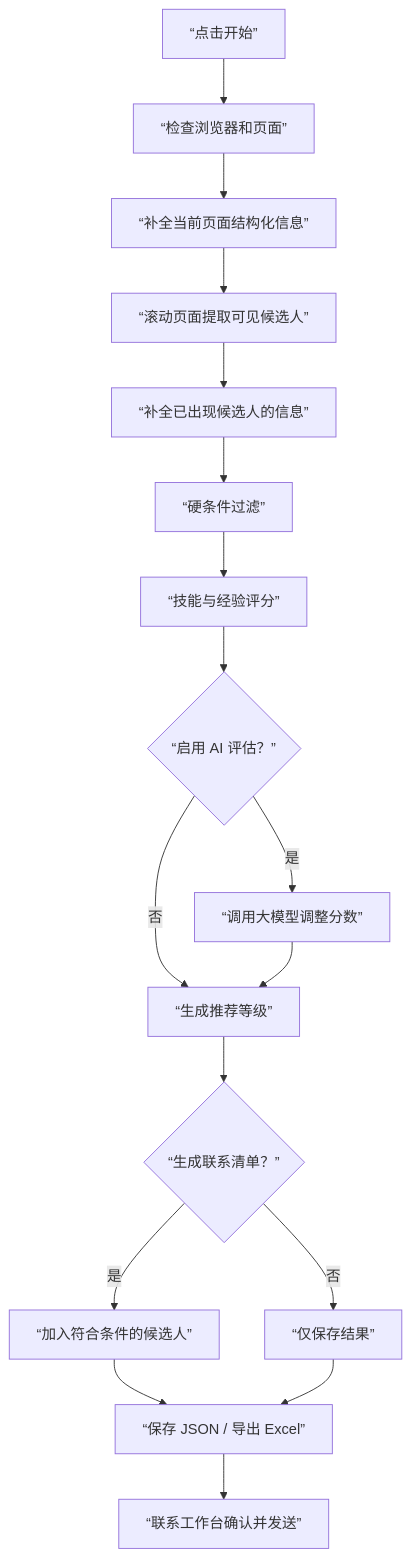
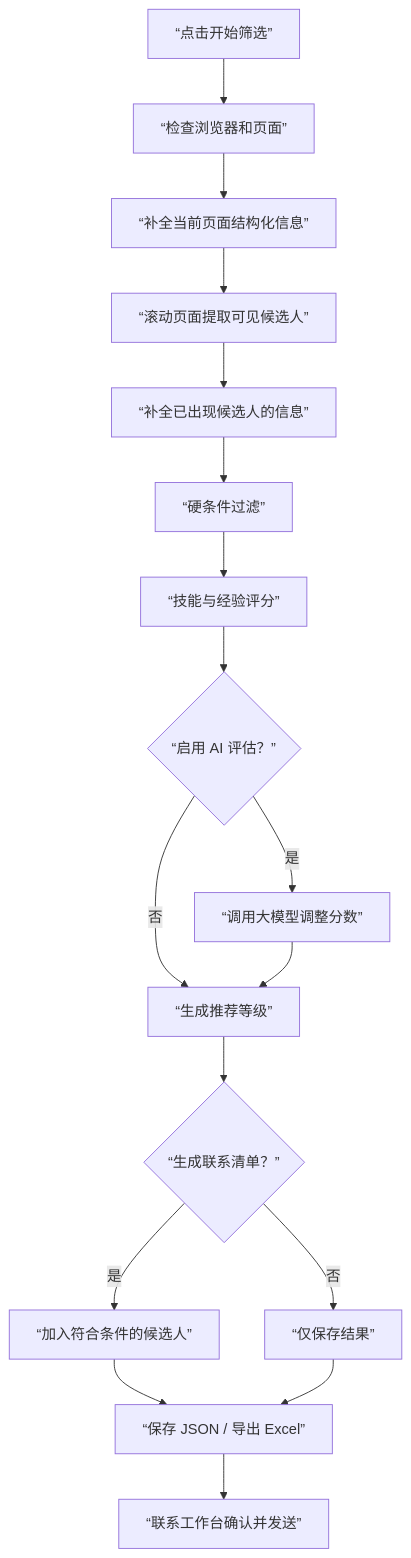
One commit to yaoyouzhong/boss-resume-filter changed the second of 2 diagrams in docs/BOSS招聘系统操作说明-图文版.md. Above: the diagram before and after it, drawn with Mermaid. The commit also changed other lines of this file and 25 other files, not shown here.

First line of the commit message:
fix(gui): 统一结果统计页布局并更新图文手册 (#36)

````diff
--- a/docs/BOSS招聘系统操作说明-图文版.md
+++ b/docs/BOSS招聘系统操作说明-图文版.md
@@ -272,19 +290,19 @@
 ```mermaid
 flowchart TD
-    A[“点击开始”] --> B[“检查浏览器和页面”]
+    A[“点击开始筛选”] --> B[“检查浏览器和页面”]
     B --> C[“补全当前页面结构化信息”]
     C --> D[“滚动页面提取可见候选人”]
     D --> E[“补全已出现候选人的信息”]
     E --> J[“硬条件过滤”]
     J --> K[“技能与经验评分”]
     K --> L{“启用 AI 评估？”}
     L -- 是 --> M[“调用大模型调整分数”]
     L -- 否 --> N[“生成推荐等级”]
     M --> N
     N --> O{“生成联系清单？”}
     O -- 是 --> P[“加入符合条件的候选人”]
     O -- 否 --> Q[“仅保存结果”]
     P --> R[“保存 JSON / 导出 Excel”]
     Q --> R
     R --> S[“联系工作台确认并发送”]
 ```
````
